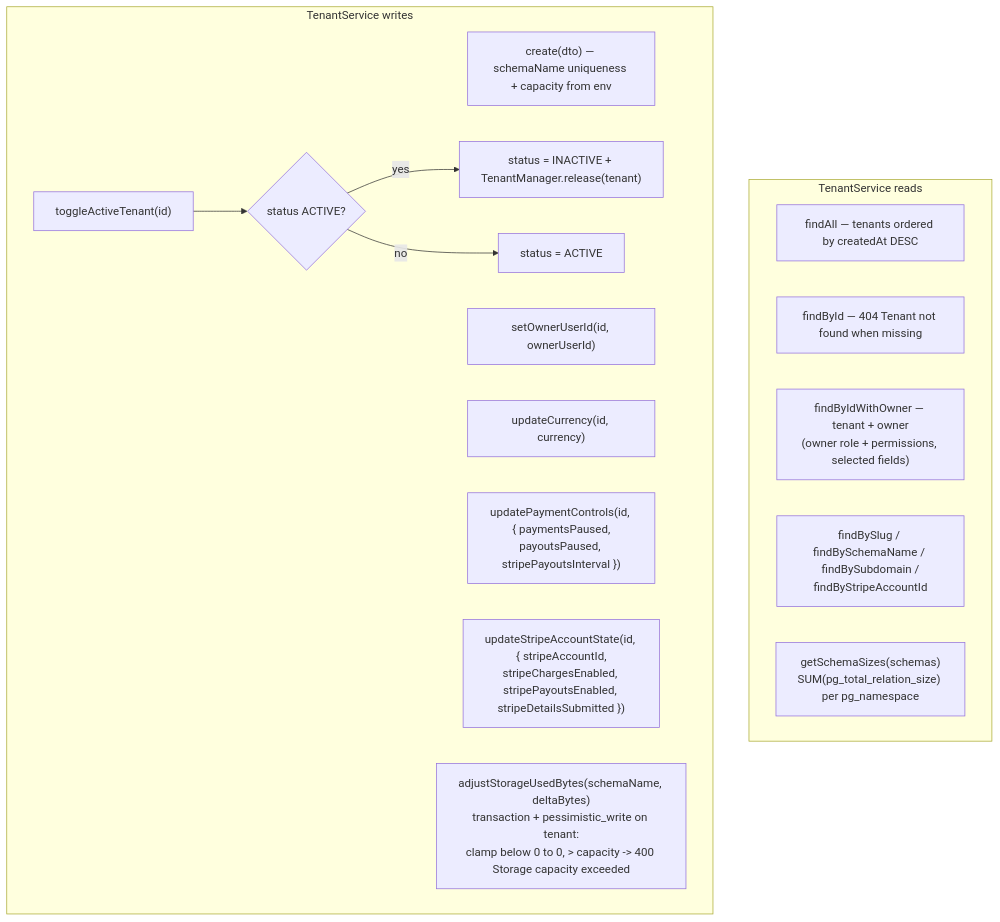
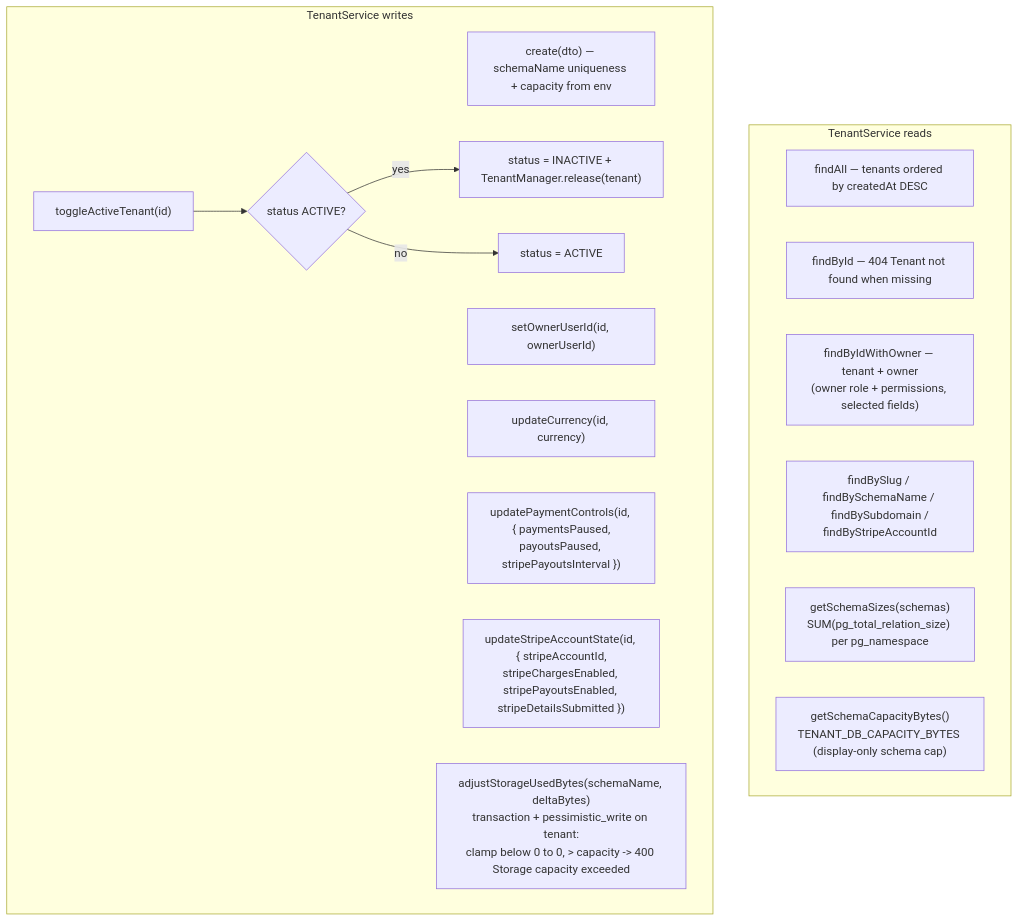
The third of 3 diagrams in apps/api/src/modules/tenants/workflow.md (DevBassel/saas_commerce), drawn with Mermaid before and after one commit. The commit also changed other lines of this file and 158 other files, not shown here.

````diff
--- a/apps/api/src/modules/tenants/workflow.md
+++ b/apps/api/src/modules/tenants/workflow.md
@@ -56,23 +56,24 @@
 ```mermaid
 flowchart TD
     subgraph READS["TenantService reads"]
         LIST["findAll — tenants ordered by createdAt DESC"]
         GETID["findById — 404 Tenant not found when missing"]
         GETOWN["findByIdWithOwner — tenant + owner<br/>(owner role + permissions, selected fields)"]
         LOOKUP["findBySlug / findBySchemaName / findBySubdomain /<br/>findByStripeAccountId"]
         SIZES["getSchemaSizes(schemas)<br/>SUM(pg_total_relation_size) per pg_namespace"]
+        DBCAP["getSchemaCapacityBytes()<br/>TENANT_DB_CAPACITY_BYTES (display-only schema cap)"]
     end
 
     subgraph WRITES["TenantService writes"]
         CREATE["create(dto) — schemaName uniqueness + capacity from env"]
         OWNER["setOwnerUserId(id, ownerUserId)"]
         TOGGLE["toggleActiveTenant(id)"]
         TOGGLE --> T1{"status ACTIVE?"}
         T1 -->|"yes"| T2["status = INACTIVE + TenantManager.release(tenant)"]
         T1 -->|"no"| T3["status = ACTIVE"]
         CURRENCY["updateCurrency(id, currency)"]
         CONTROLS["updatePaymentControls(id, { paymentsPaused,<br/>payoutsPaused, stripePayoutsInterval })"]
         STRIPE["updateStripeAccountState(id, { stripeAccountId,<br/>stripeChargesEnabled, stripePayoutsEnabled, stripeDetailsSubmitted })"]
         STORAGE["adjustStorageUsedBytes(schemaName, deltaBytes)<br/>transaction + pessimistic_write on tenant:<br/>clamp below 0 to 0, > capacity -> 400 Storage capacity exceeded"]
     end
 ```
````
